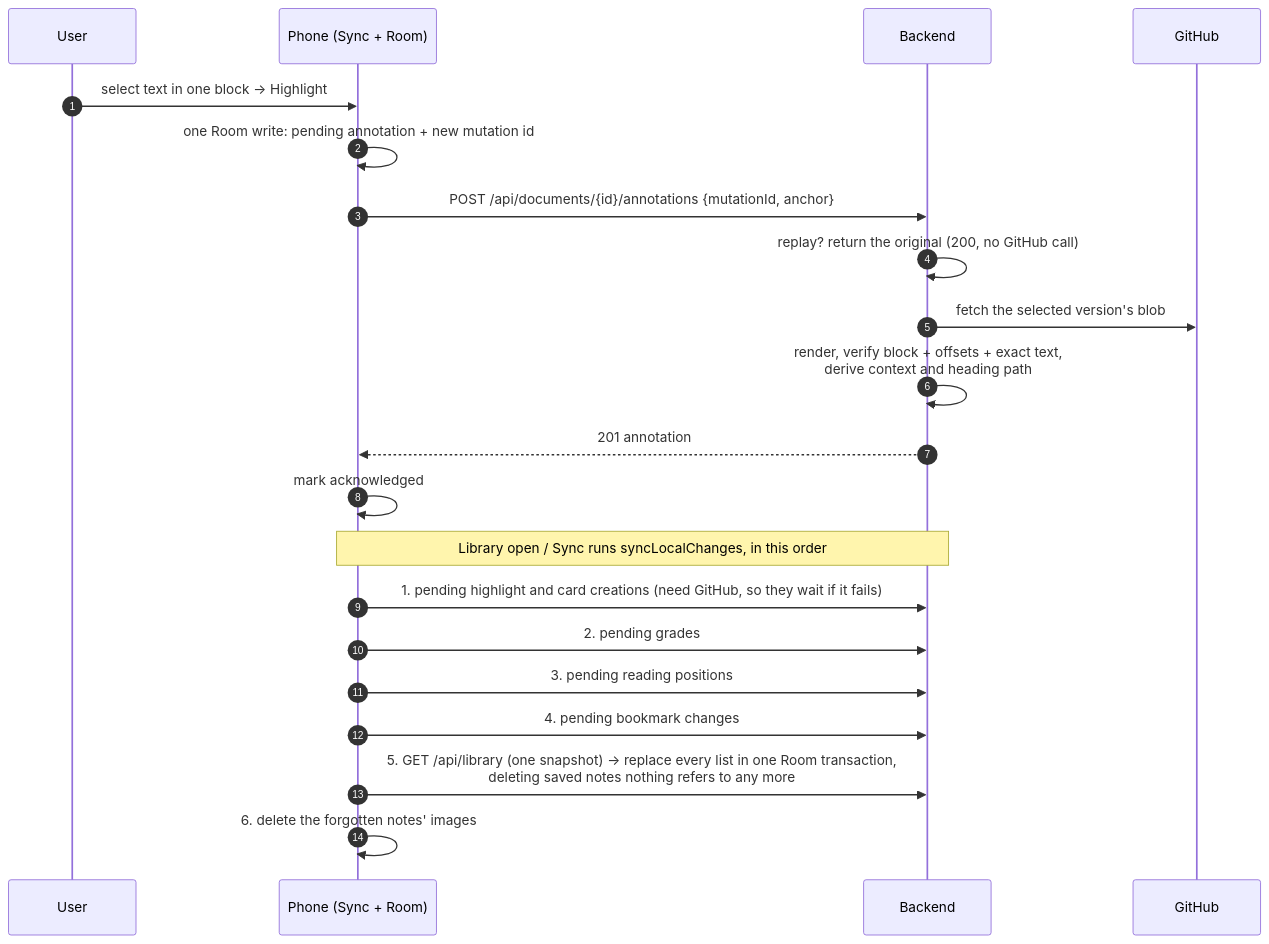
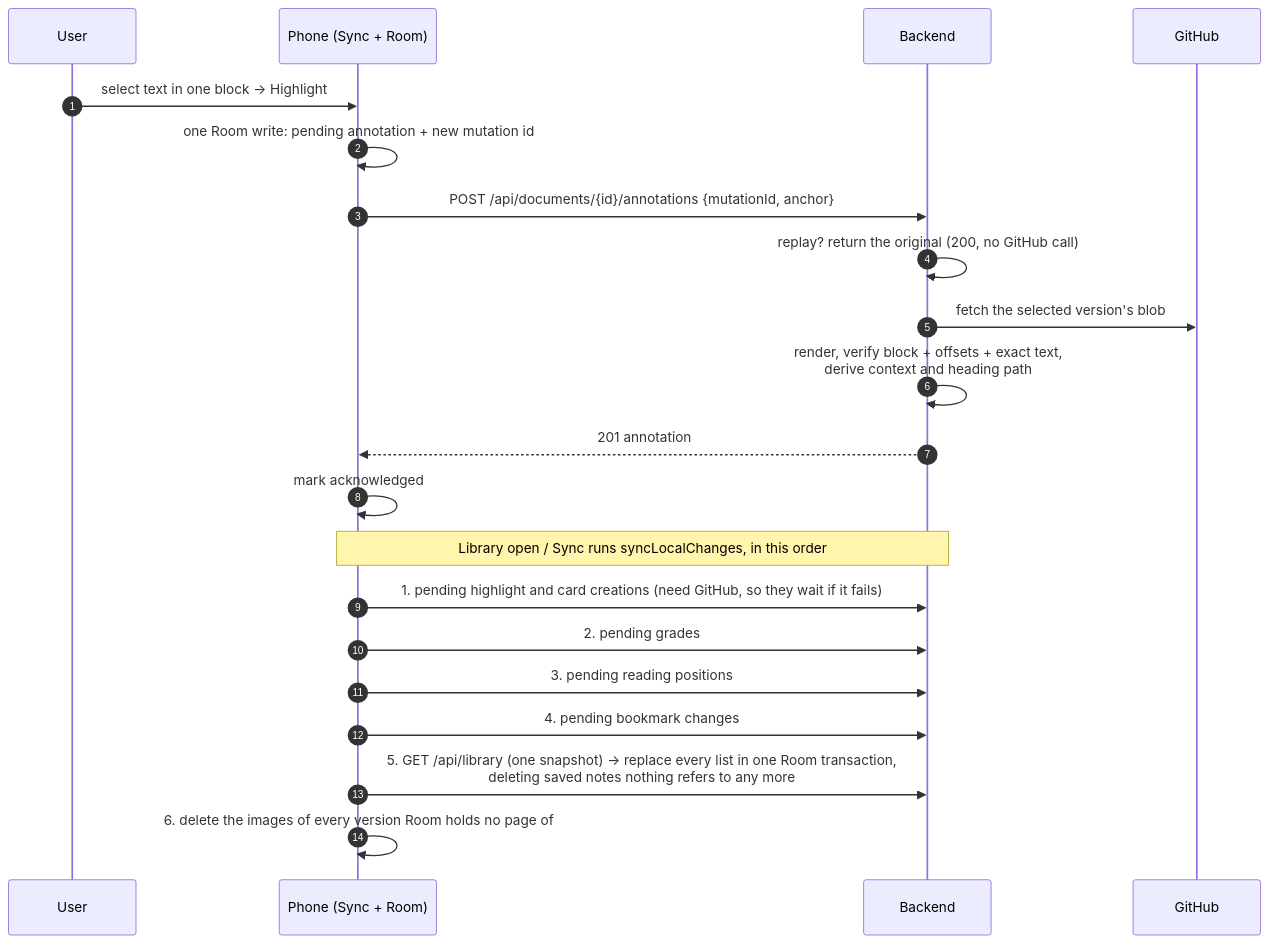
One commit to jaxwong/reporead changed the ninth of 12 diagrams in docs/architecture.md. Above: the diagram before and after it, drawn with Mermaid. The commit also changed other lines of this file and 4 other files, not shown here.

````diff
--- a/docs/architecture.md
+++ b/docs/architecture.md
@@ -455,25 +457,25 @@
 ```mermaid
 sequenceDiagram
     autonumber
     participant U as User
     participant P as Phone (Sync + Room)
     participant API as Backend
     participant GH as GitHub
 
     U->>P: select text in one block → Highlight
     P->>P: one Room write: pending annotation + new mutation id
     P->>API: POST /api/documents/{id}/annotations {mutationId, anchor}
     API->>API: replay? return the original (200, no GitHub call)
     API->>GH: fetch the selected version's blob
     API->>API: render, verify block + offsets + exact text,<br/>derive context and heading path
     API-->>P: 201 annotation
     P->>P: mark acknowledged
 
     Note over P,API: Library open / Sync runs syncLocalChanges, in this order
     P->>API: 1. pending highlight and card creations (need GitHub, so they wait if it fails)
     P->>API: 2. pending grades
     P->>API: 3. pending reading positions
     P->>API: 4. pending bookmark changes
     P->>API: 5. GET /api/library (one snapshot) → replace every list in one Room transaction,<br/>deleting saved notes nothing refers to any more
-    P->>P: 6. delete the forgotten notes' images
+    P->>P: 6. delete the images of every version Room holds no page of
 ```
````
